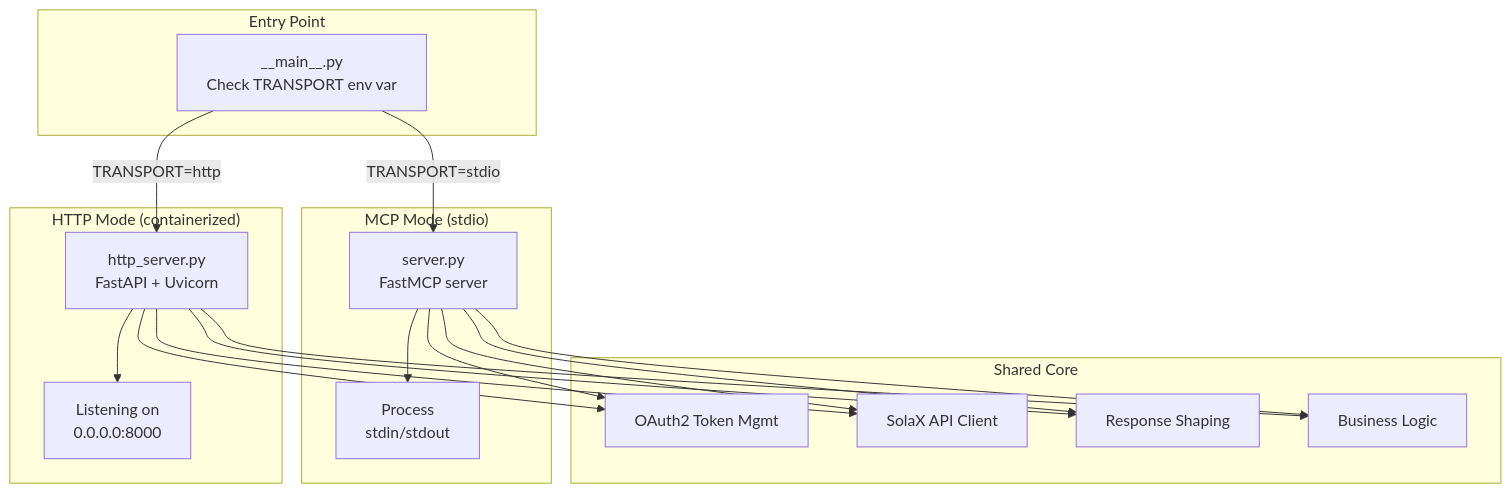
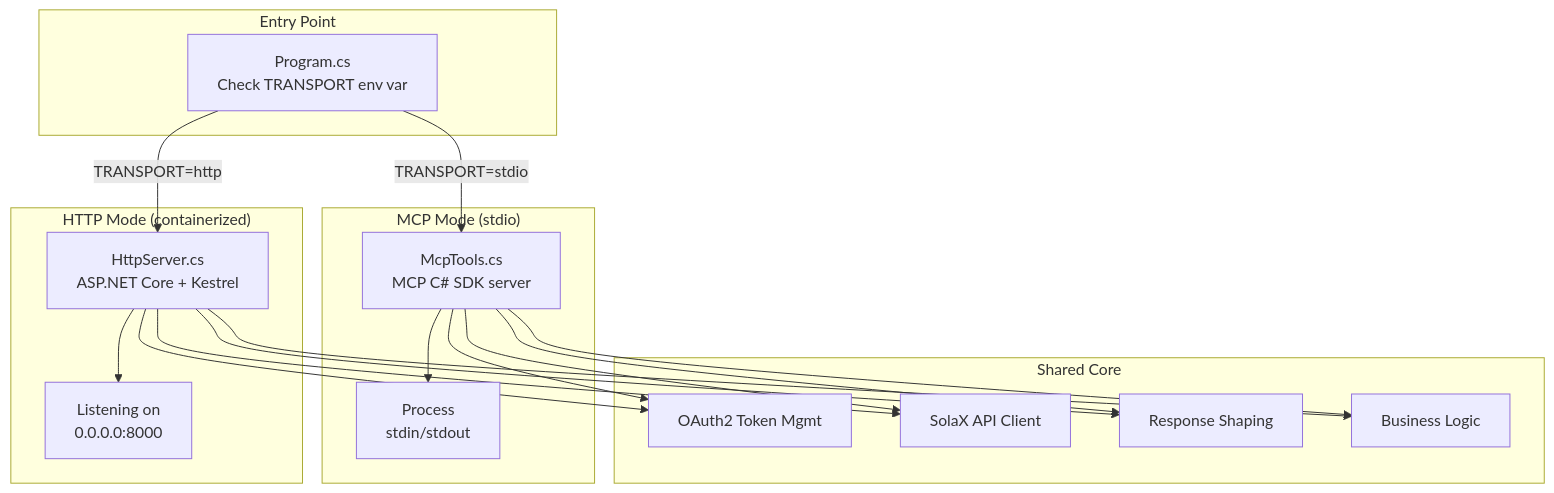
The tenth of 12 diagrams in ARCHITECTURE.md (tomkor/solax-cloud-mcp), drawn with Mermaid before and after one commit. The commit also changed other lines of this file and 73 other files, not shown here.

````diff
--- a/ARCHITECTURE.md
+++ b/ARCHITECTURE.md
@@ -538,39 +544,39 @@
 ```mermaid
 graph TB
     subgraph "Entry Point"
-        MAIN["__main__.py<br/>Check TRANSPORT env var"]
+        MAIN["Program.cs<br/>Check TRANSPORT env var"]
     end
     
     subgraph "MCP Mode (stdio)"
-        MCP["server.py<br/>FastMCP server"]
+        MCP["McpTools.cs<br/>MCP C# SDK server"]
         MCPProc["Process<br/>stdin/stdout"]
     end
     
     subgraph "HTTP Mode (containerized)"
-        HTTP["http_server.py<br/>FastAPI + Uvicorn"]
+        HTTP["HttpServer.cs<br/>ASP.NET Core + Kestrel"]
         HTTPProc["Listening on<br/>0.0.0.0:8000"]
     end
     
     subgraph "Shared Core"
         Auth["OAuth2 Token Mgmt"]
         Client["SolaX API Client"]
         Models["Response Shaping"]
         Logic["Business Logic"]
     end
     
     MAIN -->|TRANSPORT=stdio| MCP
     MAIN -->|TRANSPORT=http| HTTP
     
     MCP --> MCPProc
     HTTP --> HTTPProc
     
     MCP --> Auth
     MCP --> Client
     MCP --> Models
     MCP --> Logic
     
     HTTP --> Auth
     HTTP --> Client
     HTTP --> Models
     HTTP --> Logic
 ```
````
